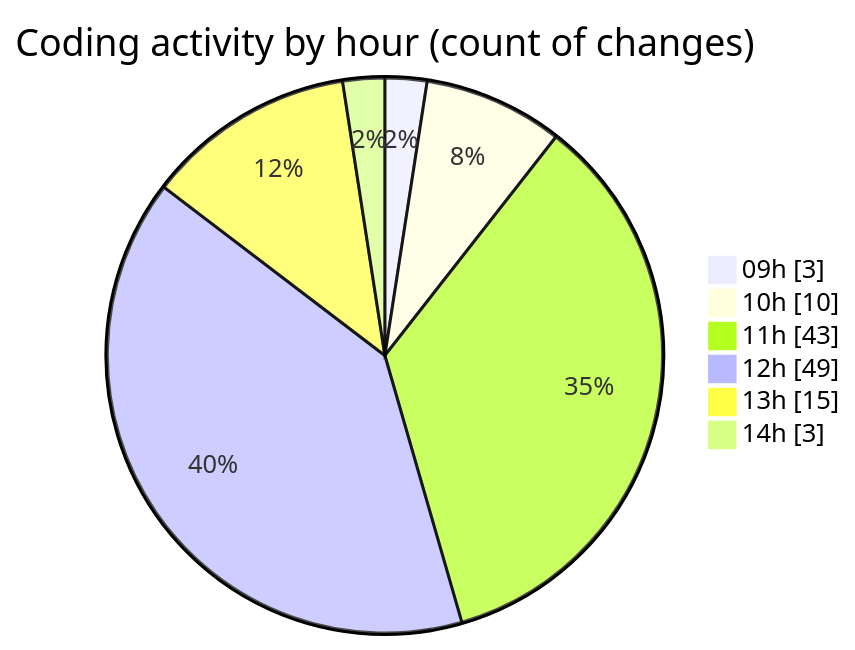
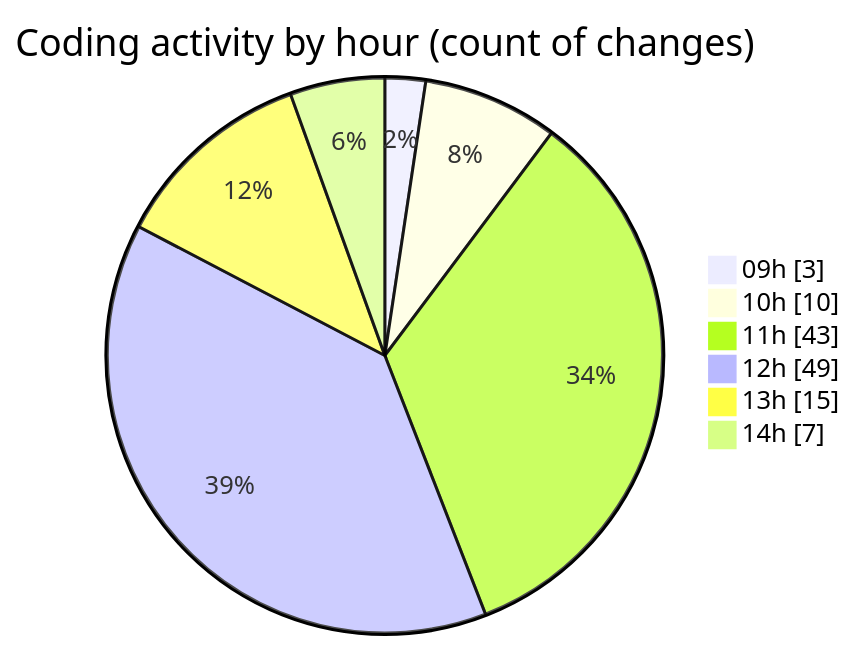
One commit to momahboobian/code-tracking changed the second of 2 diagrams in 2026-01-22/cda/README.md. Above: the diagram before and after it, drawn with Mermaid. The commit also changed other lines of this file and 1 other file, not shown here.

````diff
--- a/2026-01-22/cda/README.md
+++ b/2026-01-22/cda/README.md
@@ -65,10 +66,10 @@
 ```mermaid
 pie showData
 title Coding activity by hour (count of changes)
 "09h" : 3
 "10h" : 10
 "11h" : 43
 "12h" : 49
 "13h" : 15
-"14h" : 3
+"14h" : 7
 ```
````
